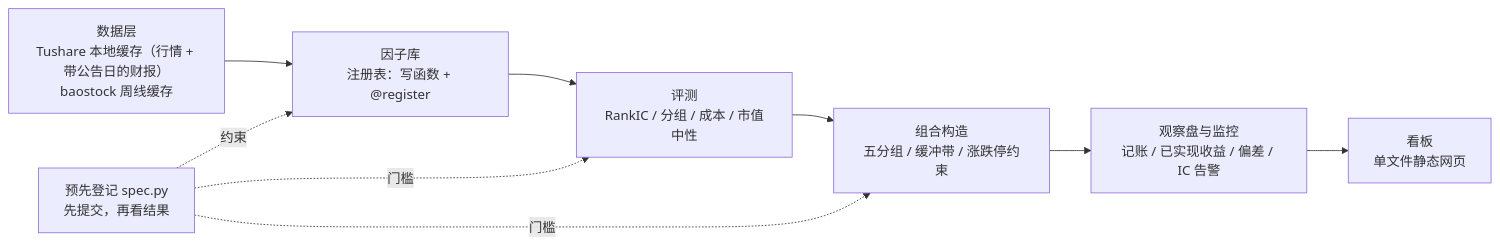
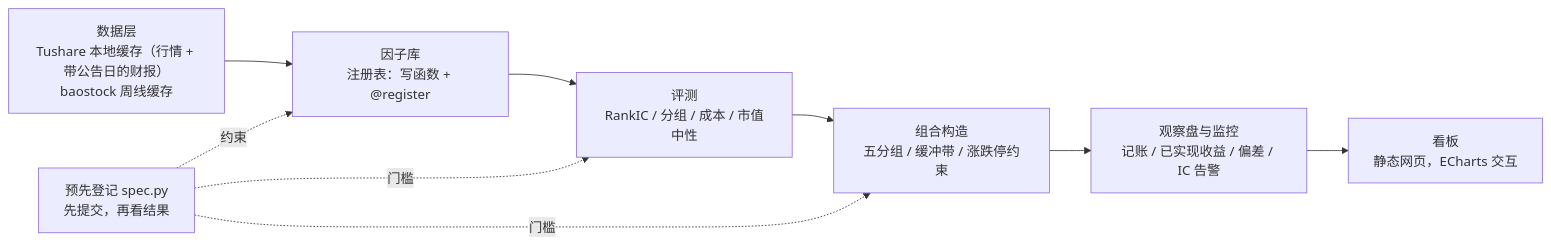
One commit to kennywu411-dev/quant-allocation-research changed the diagram in README.md. Above: the diagram before and after it, drawn with Mermaid. The commit also changed other lines of this file and 10 other files, not shown here.

Commit message:
看板升级：ECharts 交互（门槛图、净值与水下回撤刷选、月度超额热力图、逐月 RankIC、五分组、换手与成本、数据覆盖、ETF 配置线回测）；短网址 dashboard/ 与首页跳转；看板导读

````diff
--- a/README.md
+++ b/README.md
@@ -29,11 +29,11 @@
 ```mermaid
 flowchart LR
     A["数据层<br/>Tushare 本地缓存（行情 + 带公告日的财报）<br/>baostock 周线缓存"] --> B["因子库<br/>注册表：写函数 + @register"]
     B --> C["评测<br/>RankIC / 分组 / 成本 / 市值中性"]
     C --> D["组合构造<br/>五分组 / 缓冲带 / 涨跌停约束"]
     D --> E["观察盘与监控<br/>记账 / 已实现收益 / 偏差 / IC 告警"]
-    E --> F["看板<br/>单文件静态网页"]
+    E --> F["看板<br/>静态网页，ECharts 交互"]
     S["预先登记 spec.py<br/>先提交，再看结果"] -.约束.-> B
     S -.门槛.-> C
     S -.门槛.-> D
 ```
````
